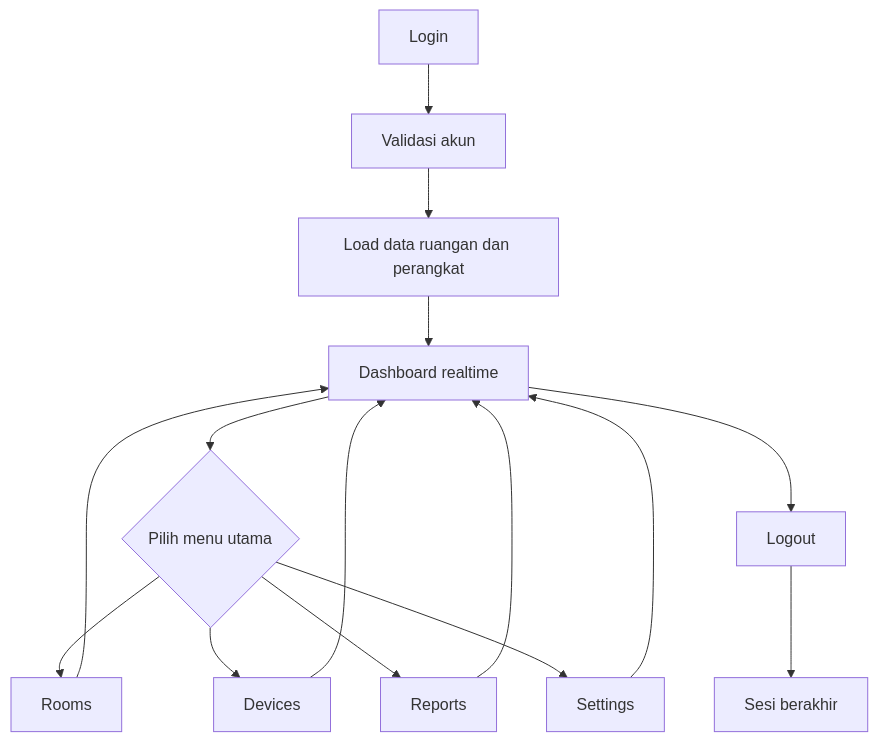
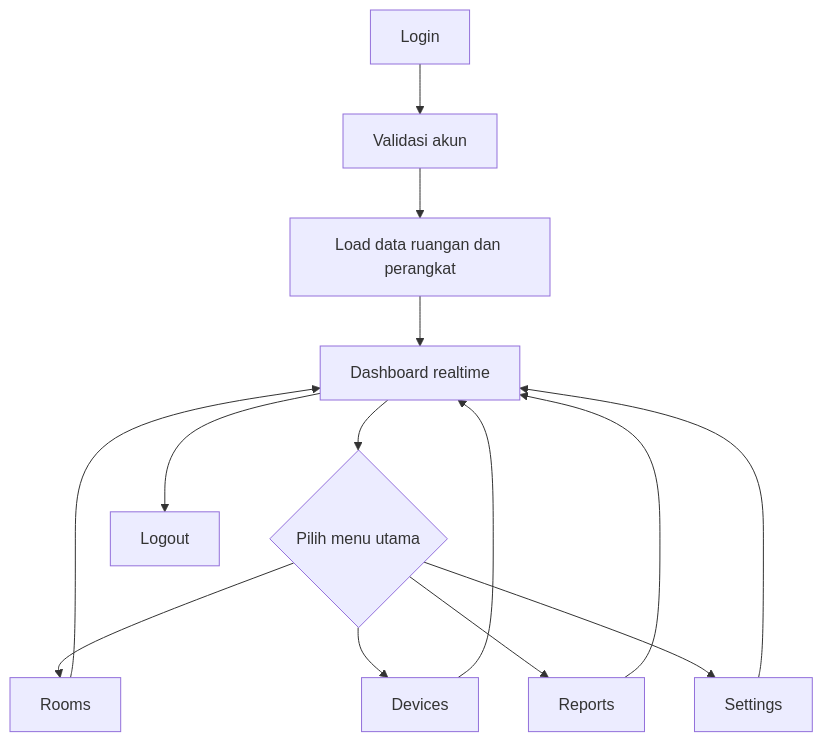
One commit to Valtern/MoldProject changed the first of 2 diagrams in docs/README_LAPORAN_AKHIR_PBL_ID.md. Above: the diagram before and after it, drawn with Mermaid. The commit also changed other lines of this file and 12 other files, not shown here.

````diff
--- a/docs/README_LAPORAN_AKHIR_PBL_ID.md
+++ b/docs/README_LAPORAN_AKHIR_PBL_ID.md
@@ -60,17 +60,16 @@
 ```mermaid
 flowchart TD
   A[Login] --> B[Validasi akun]
   B --> C[Load data ruangan dan perangkat]
   C --> D[Dashboard realtime]
   D --> E{Pilih menu utama}
   E --> F[Rooms]
   E --> G[Devices]
   E --> H[Reports]
   E --> I[Settings]
   F --> D
   G --> D
   H --> D
   I --> D
   D --> J[Logout]
-  J --> K[Sesi berakhir]
 ```
````
